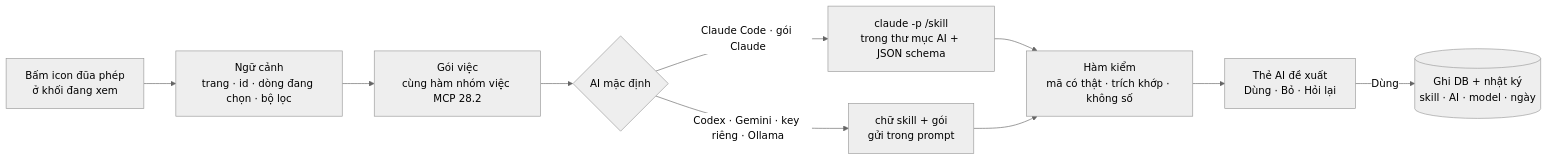
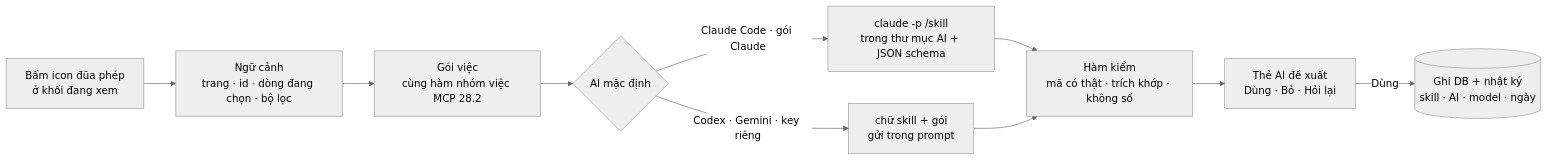
The diagram in docs/web/phase-28-4-ai-magic.md (nvminhtu/niche-radar-docs), drawn with Mermaid (neutral theme) before and after one commit. The commit also changed other lines of this file and 26 other files, not shown here.

````diff
--- a/docs/web/phase-28-4-ai-magic.md
+++ b/docs/web/phase-28-4-ai-magic.md
@@ -22,12 +22,12 @@
 ```mermaid
 flowchart LR
   U[Bấm icon đũa phép<br/>ở khối đang xem] --> C[Ngữ cảnh<br/>trang · id · dòng đang chọn · bộ lọc]
   C --> P[Gói việc<br/>cùng hàm nhóm việc MCP 28.2]
   P --> R{AI mặc định}
   R -->|Claude Code · gói Claude| S1[claude -p /skill<br/>trong thư mục AI + JSON schema]
-  R -->|Codex · Gemini · key riêng · Ollama| S2[chữ skill + gói<br/>gửi trong prompt]
+  R -->|Codex · Gemini · key riêng| S2[chữ skill + gói<br/>gửi trong prompt]
   S1 --> K[Hàm kiểm<br/>mã có thật · trích khớp · không số]
   S2 --> K
   K --> D[Thẻ AI đề xuất<br/>Dùng · Bỏ · Hỏi lại]
   D -->|Dùng| W[(Ghi DB + nhật ký<br/>skill · AI · model · ngày)]
 ```
````
